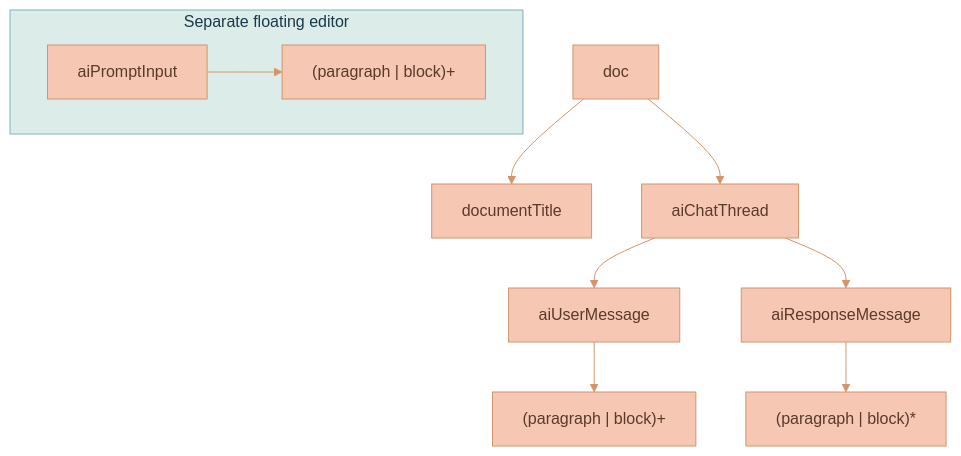
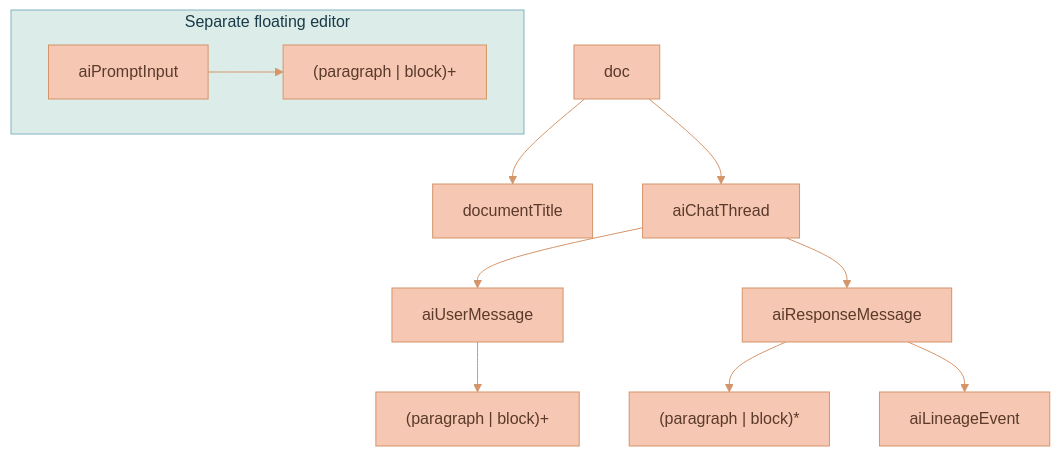
The second of 8 diagrams in services/web-ui/src/components/proseMirror/README.md (Lixpi/lixpi), drawn with Mermaid before and after one commit. The commit also changed other lines of this file and 15 other files, not shown here.

````diff
--- a/services/web-ui/src/components/proseMirror/README.md
+++ b/services/web-ui/src/components/proseMirror/README.md
@@ -62,14 +63,15 @@
 ```mermaid
 %%{init: {'theme': 'base', 'themeVariables': { 'primaryColor': '#F6C7B3', 'primaryTextColor': '#5a3a2a', 'primaryBorderColor': '#d4956a', 'secondaryColor': '#C3DEDD', 'secondaryTextColor': '#1a3a47', 'secondaryBorderColor': '#4a8a9d', 'tertiaryColor': '#DCECE9', 'tertiaryTextColor': '#1a3a47', 'tertiaryBorderColor': '#82B2C0', 'lineColor': '#d4956a', 'textColor': '#5a3a2a'}}}%%
 flowchart TD
   A[doc] --> B[documentTitle]
   A --> T[aiChatThread]
   T --> UM[aiUserMessage]
   T --> R[aiResponseMessage]
   UM --> UMC["(paragraph | block)+"]
   R --> RP["(paragraph | block)*"]
+  R --> LE[aiLineageEvent]
 
   subgraph "Separate floating editor"
     FI[aiPromptInput] --> FIC["(paragraph | block)+"]
   end
 ```
````
